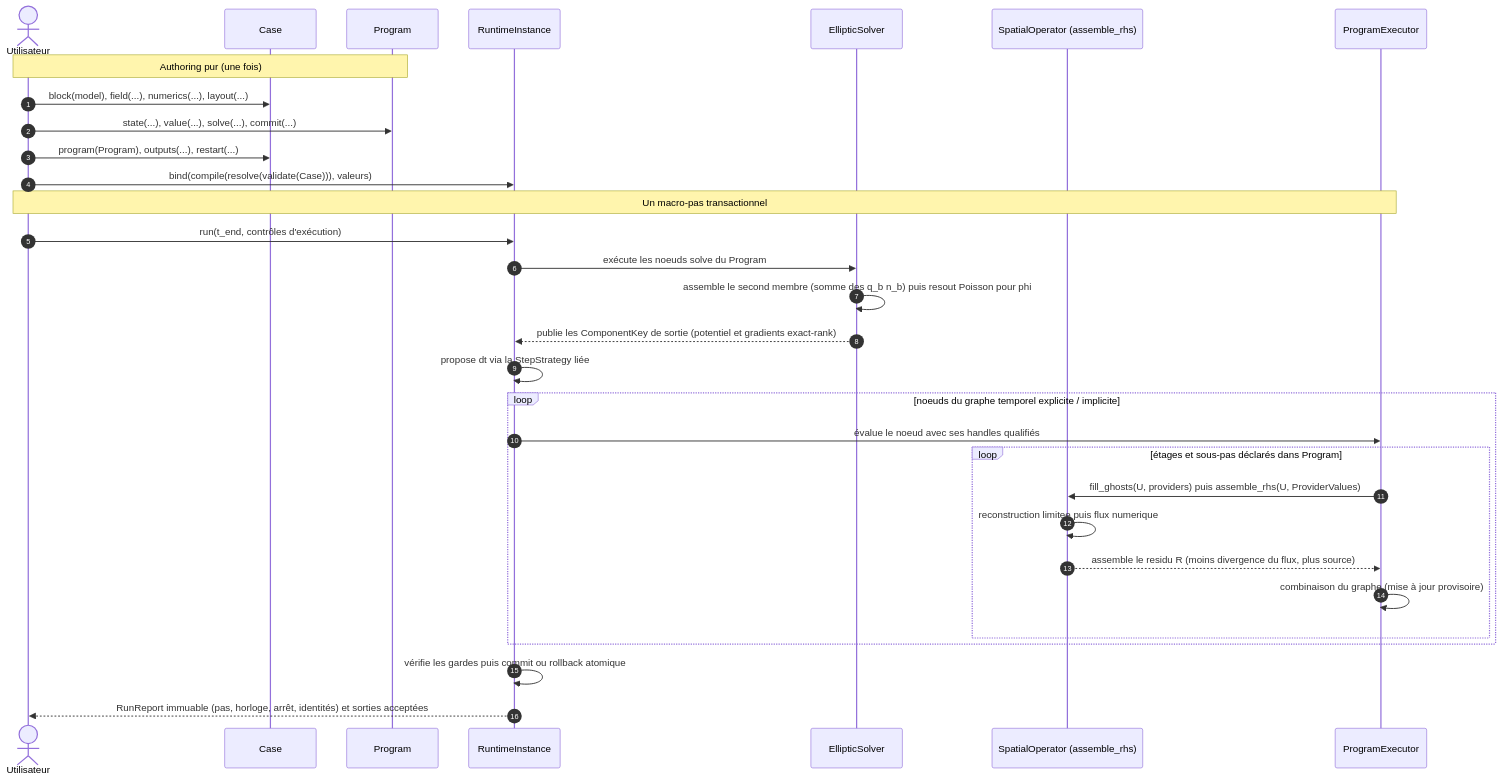
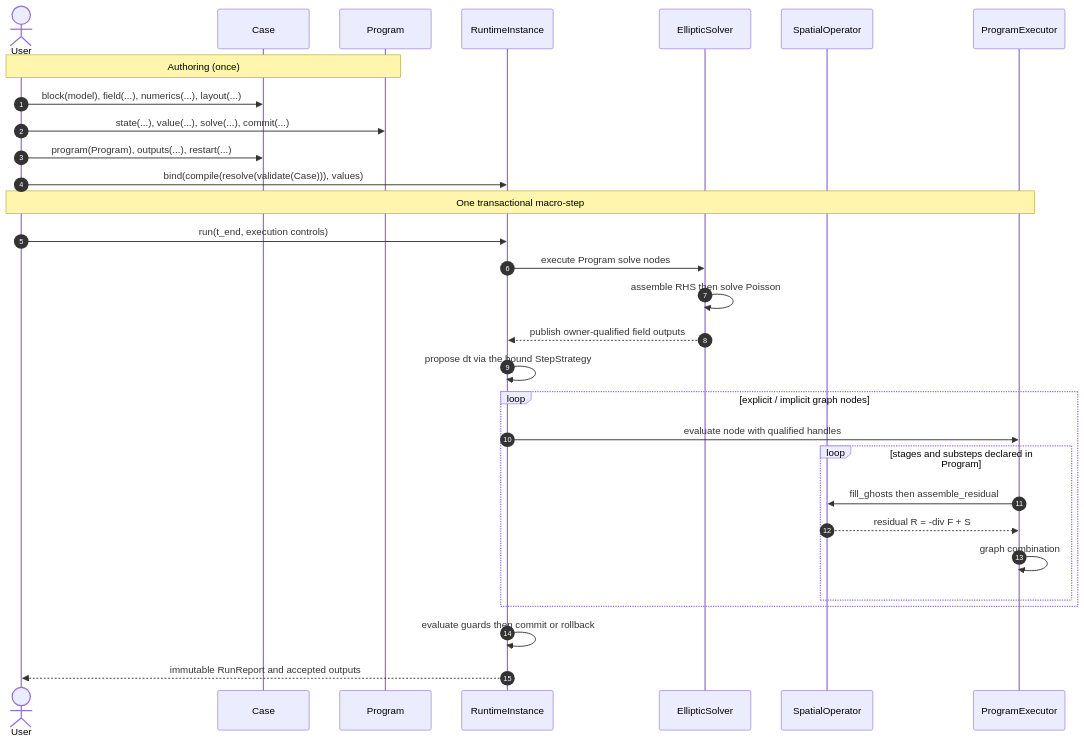
The third of 3 diagrams in docs/ARCHITECTURE.md (wolf75222/PoPS), drawn with Mermaid before and after one commit. The commit also changed other lines of this file and 2 other files, not shown here.

Commit message:
Refresh solver docs and replace GitHub-unsupported math macros.

````diff
--- a/docs/ARCHITECTURE.md
+++ b/docs/ARCHITECTURE.md
@@ -478,36 +358,35 @@
 ```mermaid
 sequenceDiagram
     autonumber
-    actor Utilisateur
+    actor User
     participant Case
     participant Program
     participant Runtime as RuntimeInstance
-    participant EllipticSolver as EllipticSolver
-    participant SpatialOperator as SpatialOperator (assemble_rhs)
+    participant Elliptic as EllipticSolver
+    participant Spatial as SpatialOperator
     participant Executor as ProgramExecutor
 
-    Note over Utilisateur,Program: Authoring pur (une fois)
-    Utilisateur->>Case: block(model), field(...), numerics(...), layout(...)
-    Utilisateur->>Program: state(...), value(...), solve(...), commit(...)
-    Utilisateur->>Case: program(Program), outputs(...), restart(...)
-    Utilisateur->>Runtime: bind(compile(resolve(validate(Case))), valeurs)
+    Note over User,Program: Authoring (once)
+    User->>Case: block(model), field(...), numerics(...), layout(...)
+    User->>Program: state(...), value(...), solve(...), commit(...)
+    User->>Case: program(Program), outputs(...), restart(...)
+    User->>Runtime: bind(compile(resolve(validate(Case))), values)
 
-    Note over Utilisateur,Executor: Un macro-pas transactionnel
-    Utilisateur->>Runtime: run(t_end, contrôles d'exécution)
-    Runtime->>EllipticSolver: exécute les noeuds solve du Program
-    EllipticSolver->>EllipticSolver: assemble le second membre (somme des q_b n_b) puis resout Poisson pour phi
-    EllipticSolver-->>Runtime: publie les ComponentKey de sortie (potentiel et gradients exact-rank)
-    Runtime->>Runtime: propose dt via la StepStrategy liée
+    Note over User,Executor: One transactional macro-step
+    User->>Runtime: run(t_end, execution controls)
+    Runtime->>Elliptic: execute Program solve nodes
+    Elliptic->>Elliptic: assemble RHS then solve Poisson
+    Elliptic-->>Runtime: publish owner-qualified field outputs
+    Runtime->>Runtime: propose dt via the bound StepStrategy
 
-    loop noeuds du graphe temporel explicite / implicite
-        Runtime->>Executor: évalue le noeud avec ses handles qualifiés
-        loop étages et sous-pas déclarés dans Program
-            Executor->>SpatialOperator: fill_ghosts(U, providers) puis assemble_rhs(U, ProviderValues)
-            SpatialOperator->>SpatialOperator: reconstruction limitee puis flux numerique
-            SpatialOperator-->>Executor: assemble le residu R (moins divergence du flux, plus source)
-            Executor->>Executor: combinaison du graphe (mise à jour provisoire)
+    loop explicit / implicit graph nodes
+        Runtime->>Executor: evaluate node with qualified handles
+        loop stages and substeps declared in Program
+            Executor->>Spatial: fill_ghosts then assemble_residual
+            Spatial-->>Executor: residual R = -div F + S
+            Executor->>Executor: graph combination
         end
     end
-    Runtime->>Runtime: vérifie les gardes puis commit ou rollback atomique
-    Runtime-->>Utilisateur: RunReport immuable (pas, horloge, arrêt, identités) et sorties acceptées
+    Runtime->>Runtime: evaluate guards then commit or rollback
+    Runtime-->>User: immutable RunReport and accepted outputs
 ```
````
